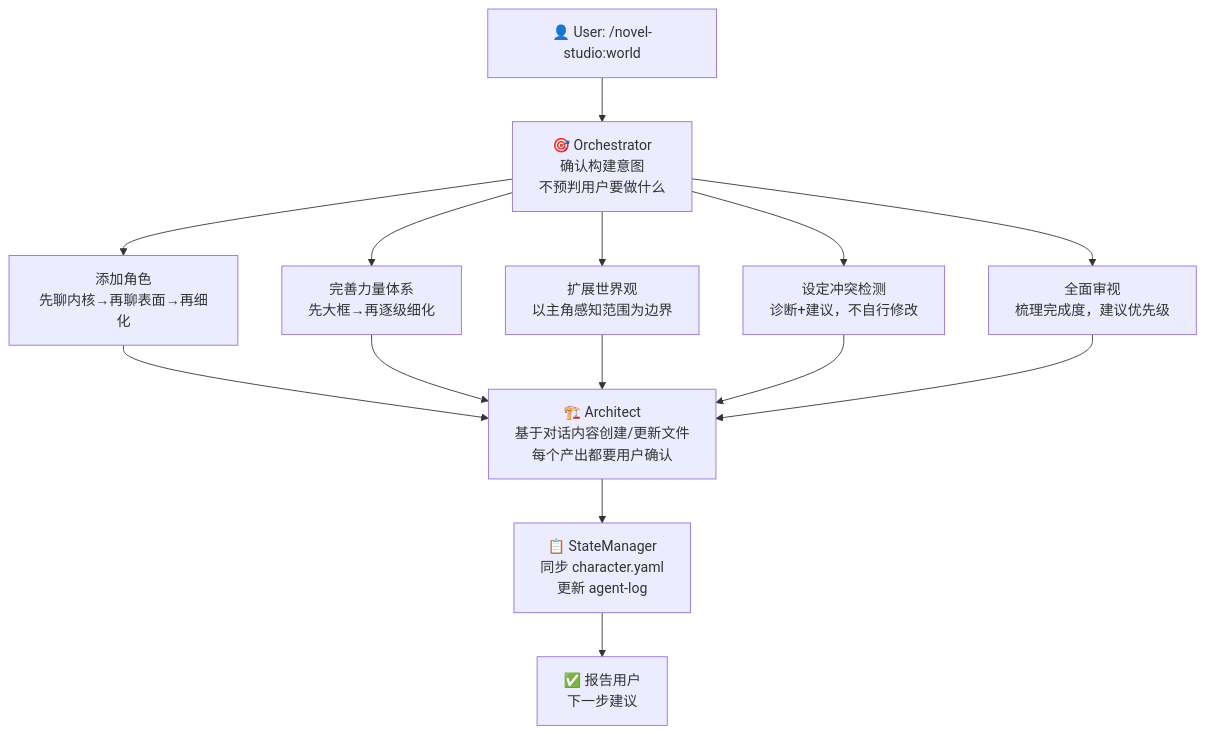
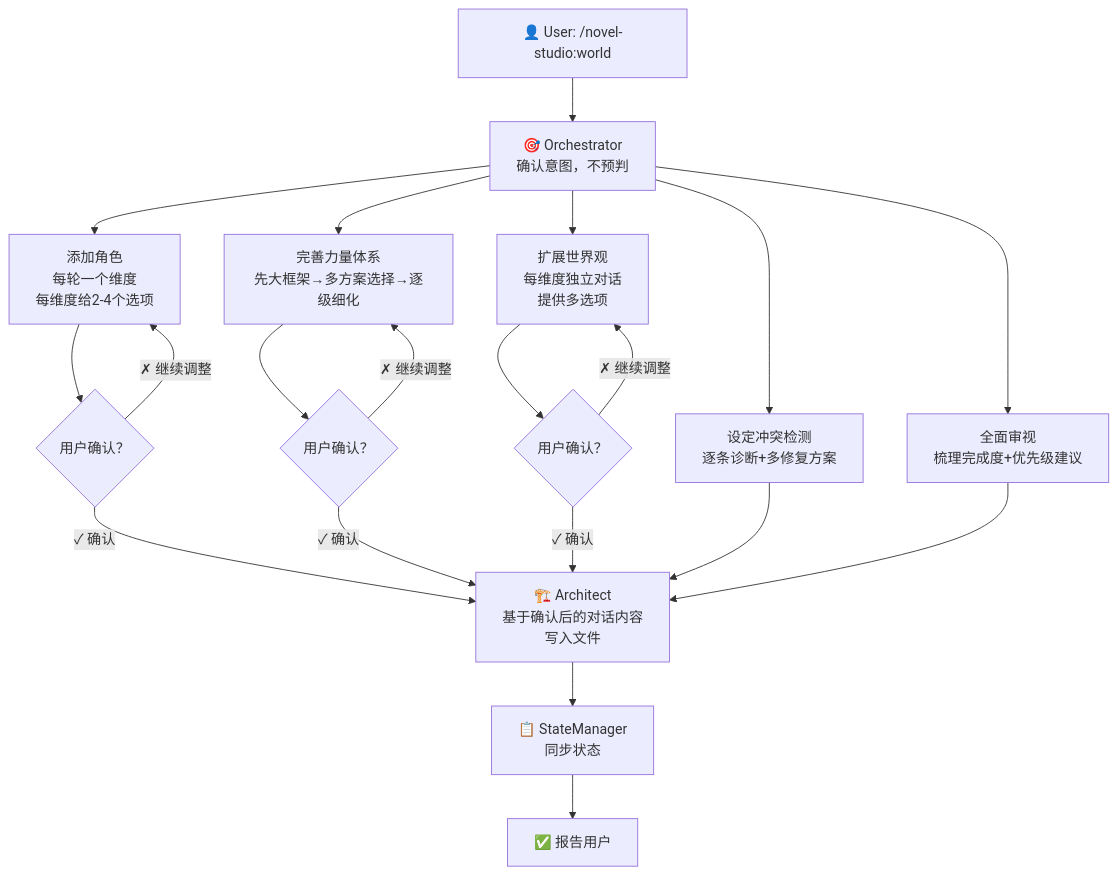
Before and after one commit to deathwhispers/novel-studio: the diagram in workflows/worldbuilding.md, drawn with Mermaid. The commit also changed other lines of this file and 3 other files, not shown here.

````diff
--- a/workflows/worldbuilding.md
+++ b/workflows/worldbuilding.md
@@ -11,26 +11,32 @@
 ```mermaid
 flowchart TD
     User["👤 User: /novel-studio:world"]
-    Orchestrator["🎯 Orchestrator<br/>确认构建意图<br/>不预判用户要做什么"]
+    Orchestrator["🎯 Orchestrator<br/>确认意图，不预判"]
 
     User --> Orchestrator
 
-    Orchestrator --> AddChar["添加角色<br/>先聊内核→再聊表面→再细化"]
-    Orchestrator --> PowerSys["完善力量体系<br/>先大框→再逐级细化"]
-    Orchestrator --> WorldExp["扩展世界观<br/>以主角感知范围为边界"]
-    Orchestrator --> FixConflict["设定冲突检测<br/>诊断+建议，不自行修改"]
-    Orchestrator --> Review["全面审视<br/>梳理完成度，建议优先级"]
+    Orchestrator --> AddChar["添加角色<br/>每轮一个维度<br/>每维度给2-4个选项"]
+    Orchestrator --> PowerSys["完善力量体系<br/>先大框架→多方案选择→逐级细化"]
+    Orchestrator --> WorldExp["扩展世界观<br/>每维度独立对话<br/>提供多选项"]
+    Orchestrator --> FixConflict["设定冲突检测<br/>逐条诊断+多修复方案"]
+    Orchestrator --> Review["全面审视<br/>梳理完成度+优先级建议"]
 
-    AddChar --> Architect
-    PowerSys --> Architect
-    WorldExp --> Architect
+    AddChar --> Confirm{"用户确认？"}
+    Confirm -->|"✗ 继续调整"| AddChar
+    Confirm -->|"✓ 确认"| Architect
+    PowerSys --> Confirm2{"用户确认？"}
+    Confirm2 -->|"✗ 继续调整"| PowerSys
+    Confirm2 -->|"✓ 确认"| Architect
+    WorldExp --> Confirm3{"用户确认？"}
+    Confirm3 -->|"✗ 继续调整"| WorldExp
+    Confirm3 -->|"✓ 确认"| Architect
     FixConflict --> Architect
     Review --> Architect
 
-    Architect["🏗️ Architect<br/>基于对话内容创建/更新文件<br/>每个产出都要用户确认"]
-    StateManager["📋 StateManager<br/>同步 character.yaml<br/>更新 agent-log"]
-    Done["✅ 报告用户<br/>下一步建议"]
+    Architect["🏗️ Architect<br/>基于确认后的对话内容<br/>写入文件"]
+    StateManager["📋 StateManager<br/>同步状态"]
+    Done["✅ 报告用户"]
 
     Architect --> StateManager
     StateManager --> Done
 ```
````
